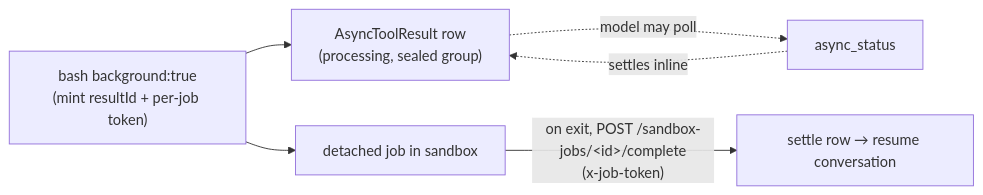
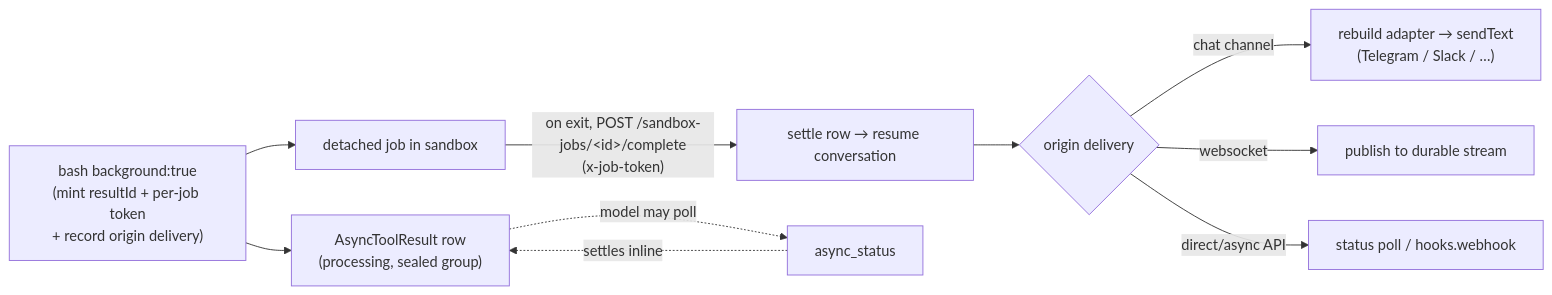
One commit to beeblastco/broods changed the third of 3 diagrams in docs/workspace/sandbox/index.md. Above: the diagram before and after it, drawn with Mermaid. The commit also changed other lines of this file and 15 other files, not shown here.

````diff
--- a/docs/workspace/sandbox/index.md
+++ b/docs/workspace/sandbox/index.md
@@ -126,8 +126,12 @@
 ```mermaid
 flowchart LR
-  Launch["bash background:true<br/>(mint resultId + per-job token)"] --> Row["AsyncToolResult row<br/>(processing, sealed group)"]
+  Launch["bash background:true<br/>(mint resultId + per-job token<br/>+ record origin delivery)"] --> Row["AsyncToolResult row<br/>(processing, sealed group)"]
   Launch --> Job["detached job in sandbox"]
   Job -- "on exit, POST /sandbox-jobs/&lt;id&gt;/complete<br/>(x-job-token)" --> Settle["settle row → resume conversation"]
+  Settle --> Deliver{"origin delivery"}
+  Deliver -- "chat channel" --> Chan["rebuild adapter → sendText<br/>(Telegram / Slack / …)"]
+  Deliver -- "websocket" --> WS["publish to durable stream"]
+  Deliver -- "direct/async API" --> Poll2["status poll / hooks.webhook"]
   Row -. "model may poll" .-> Poll["async_status"]
   Poll -. "settles inline" .-> Row
 ```
````
